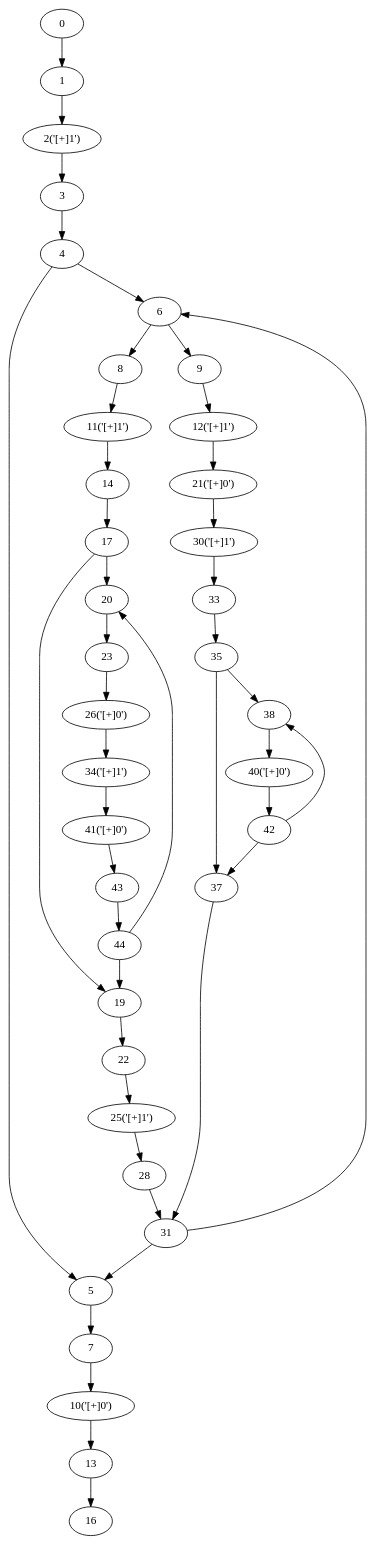
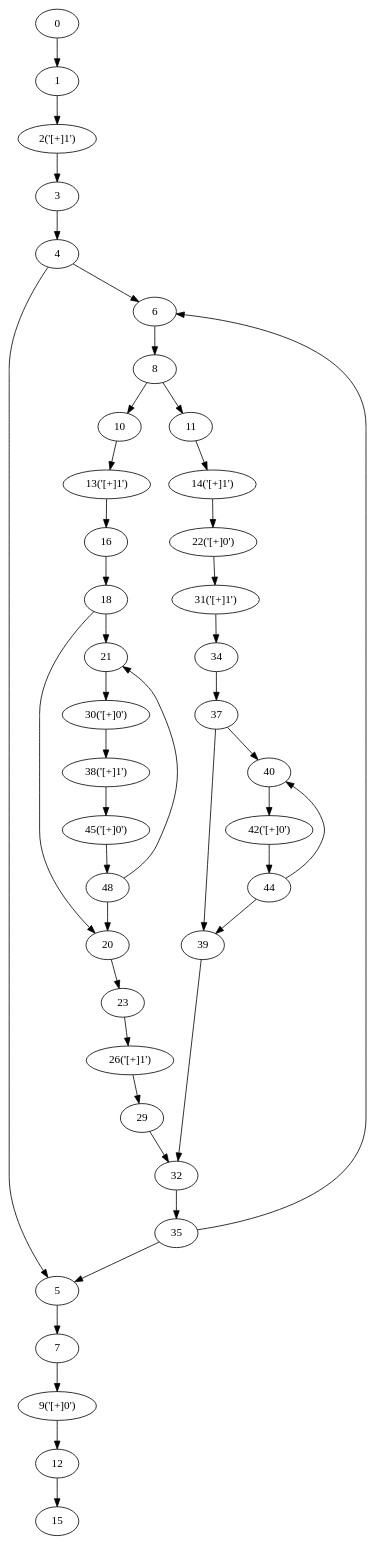
Before and after one commit to yyl-20020115/NRegEx: the diagram in NRegex.Test/Graphs/TestMethod09.dot, drawn with Graphviz. The commit also changed 20 other files, not shown here.

```diff
--- a/NRegex.Test/Graphs/TestMethod09.dot
+++ b/NRegex.Test/Graphs/TestMethod09.dot
@@ -1,82 +1,82 @@
 digraph g {
 	0 ;
 	1 ;
 	2 [label="2('[+]1')"];
 	3 ;
 	4 ;
 	5 ;
 	6 ;
 	7 ;
 	8 ;
-	9 ;
-	10 [label="10('[+]0')"];
-	11 [label="11('[+]1')"];
-	12 [label="12('[+]1')"];
-	13 ;
-	14 ;
+	9 [label="9('[+]0')"];
+	10 ;
+	11 ;
+	12 ;
+	13 [label="13('[+]1')"];
+	14 [label="14('[+]1')"];
+	15 ;
 	16 ;
-	17 ;
-	19 ;
+	18 ;
 	20 ;
-	21 [label="21('[+]0')"];
-	22 ;
+	21 ;
+	22 [label="22('[+]0')"];
 	23 ;
-	25 [label="25('[+]1')"];
-	26 [label="26('[+]0')"];
-	28 ;
-	30 [label="30('[+]1')"];
-	31 ;
-	33 ;
-	34 [label="34('[+]1')"];
+	26 [label="26('[+]1')"];
+	29 ;
+	30 [label="30('[+]0')"];
+	31 [label="31('[+]1')"];
+	32 ;
+	34 ;
 	35 ;
 	37 ;
-	38 ;
-	40 [label="40('[+]0')"];
-	41 [label="41('[+]0')"];
-	42 ;
-	43 ;
+	38 [label="38('[+]1')"];
+	39 ;
+	40 ;
+	42 [label="42('[+]0')"];
 	44 ;
+	45 [label="45('[+]0')"];
+	48 ;
 	0->1;
 	1->2;
 	2->3;
 	3->4;
 	4->5;
-	31->5;
+	35->5;
 	4->6;
-	31->6;
+	35->6;
 	5->7;
 	6->8;
-	6->9;
-	7->10;
+	7->9;
+	8->10;
 	8->11;
 	9->12;
 	10->13;
 	11->14;
+	12->15;
 	13->16;
-	14->17;
-	17->19;
-	44->19;
-	17->20;
-	44->20;
-	12->21;
-	19->22;
+	16->18;
+	18->20;
+	48->20;
+	18->21;
+	48->21;
+	14->22;
 	20->23;
-	22->25;
 	23->26;
-	25->28;
+	26->29;
 	21->30;
-	28->31;
-	37->31;
-	30->33;
-	26->34;
-	33->35;
-	35->37;
-	42->37;
-	35->38;
-	42->38;
-	38->40;
-	34->41;
+	22->31;
+	29->32;
+	39->32;
+	31->34;
+	32->35;
+	34->37;
+	30->38;
+	37->39;
+	44->39;
+	37->40;
+	44->40;
 	40->42;
-	41->43;
-	43->44;
+	42->44;
+	38->45;
+	45->48;
 }
```
